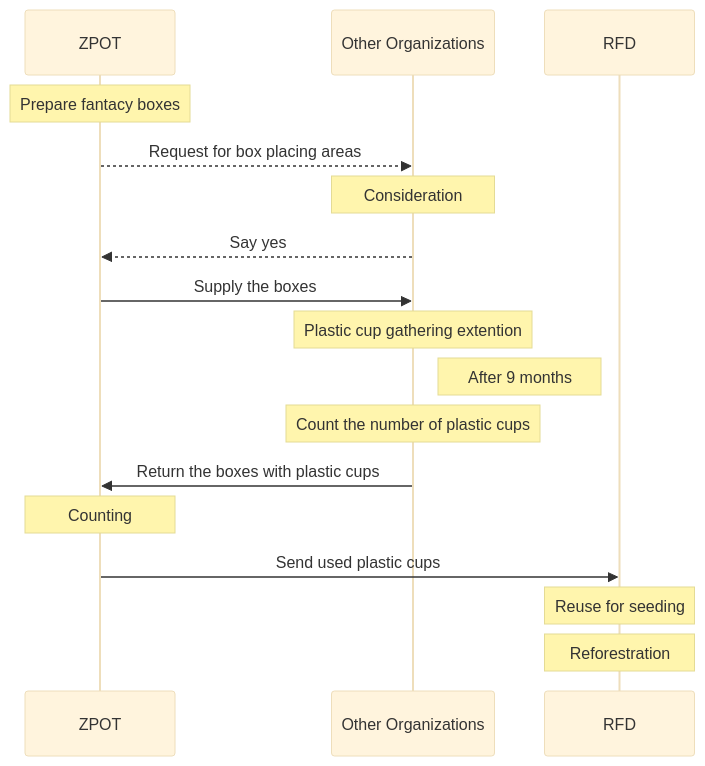
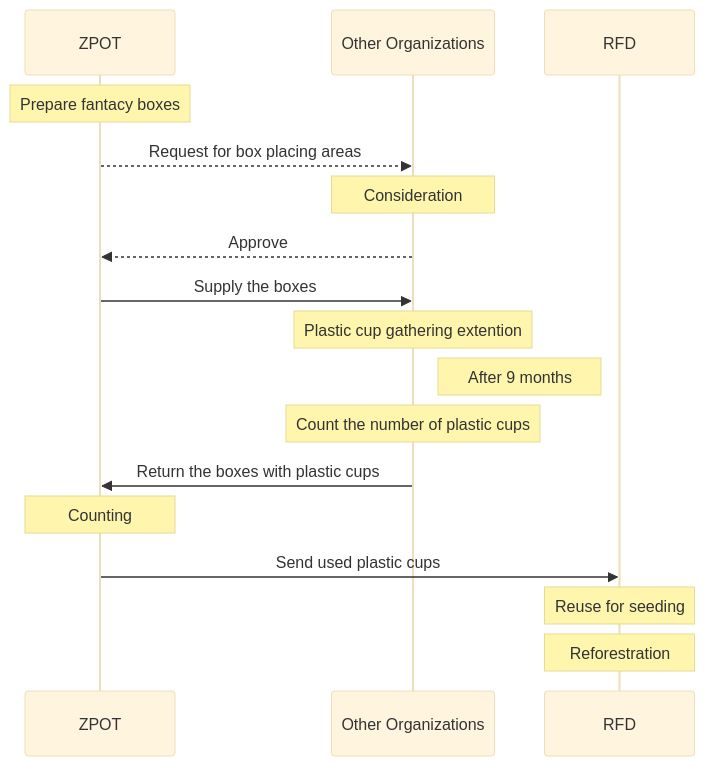
The first of 2 diagrams in README.md (Kietpawpan/carbon), drawn with Mermaid (base theme) before and after one commit.

````diff
--- a/README.md
+++ b/README.md
@@ -9,16 +9,16 @@
 ```mermaid
 sequenceDiagram
     Note over ZPOT: Prepare fantacy boxes  
     ZPOT-->>Other Organizations: Request for box placing areas
     Note over Other Organizations: Consideration
-    Other Organizations-->>ZPOT: Say yes
+    Other Organizations-->>ZPOT: Approve
     ZPOT->>Other Organizations: Supply the boxes
     Note over Other Organizations: Plastic cup gathering extention
     Note right of Other Organizations: After 9 months
     Note over Other Organizations: Count the number of plastic cups
     Other Organizations->>ZPOT: Return the boxes with plastic cups
     Note over ZPOT: Counting
     ZPOT->>RFD: Send used plastic cups
     Note over RFD: Reuse for seeding
     Note over RFD: Reforestration
 ```
````
